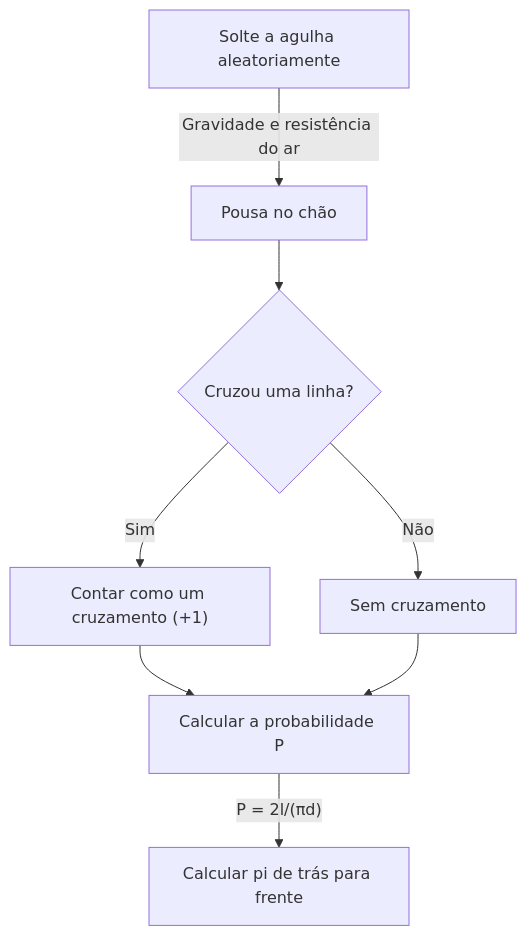
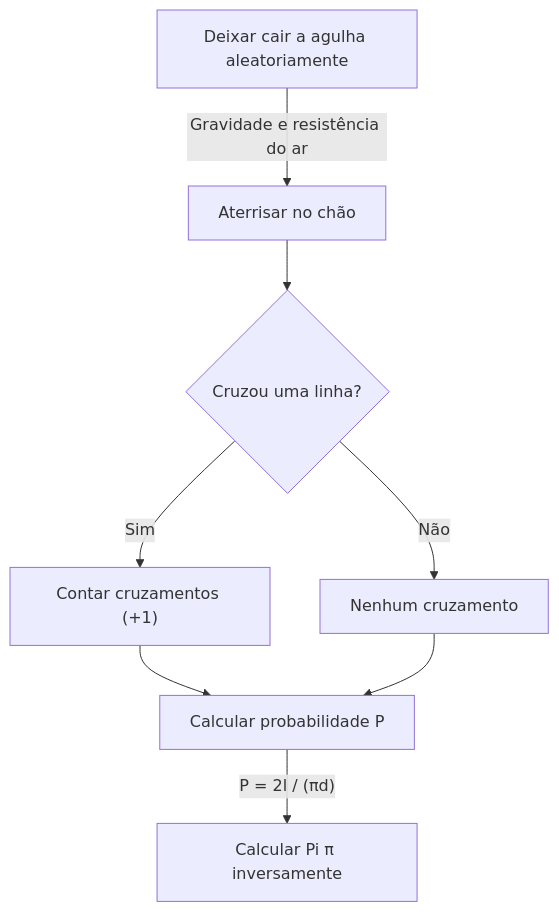
The diagram in content/post/buffons-needle/index.pt.md (kenjinote/blog), drawn with Mermaid before and after one commit. The commit also changed other lines of this file and 97 other files, not shown here.

````diff
--- a/content/post/buffons-needle/index.pt.md
+++ b/content/post/buffons-needle/index.pt.md
@@ -36,10 +36,10 @@
 ```mermaid
 graph TD
-    A["Solte a agulha aleatoriamente"] -->|"Gravidade e resistência do ar"| B["Pousa no chão"]
+    A["Deixar cair a agulha aleatoriamente"] -->|"Gravidade e resistência do ar"| B["Aterrisar no chão"]
     B --> C{"Cruzou uma linha?"}
-    C -->|"Sim"| D["Contar como um cruzamento (+1)"]
-    C -->|"Não"| E["Sem cruzamento"]
-    D --> F["Calcular a probabilidade P"]
+    C -->|"Sim"| D["Contar cruzamentos (+1)"]
+    C -->|"Não"| E["Nenhum cruzamento"]
+    D --> F["Calcular probabilidade P"]
     E --> F
-    F -->|"P = 2l/(πd)"| G["Calcular pi de trás para frente"]
+    F -->|"P = 2l / (πd)"| G["Calcular Pi π inversamente"]
 ```
````
